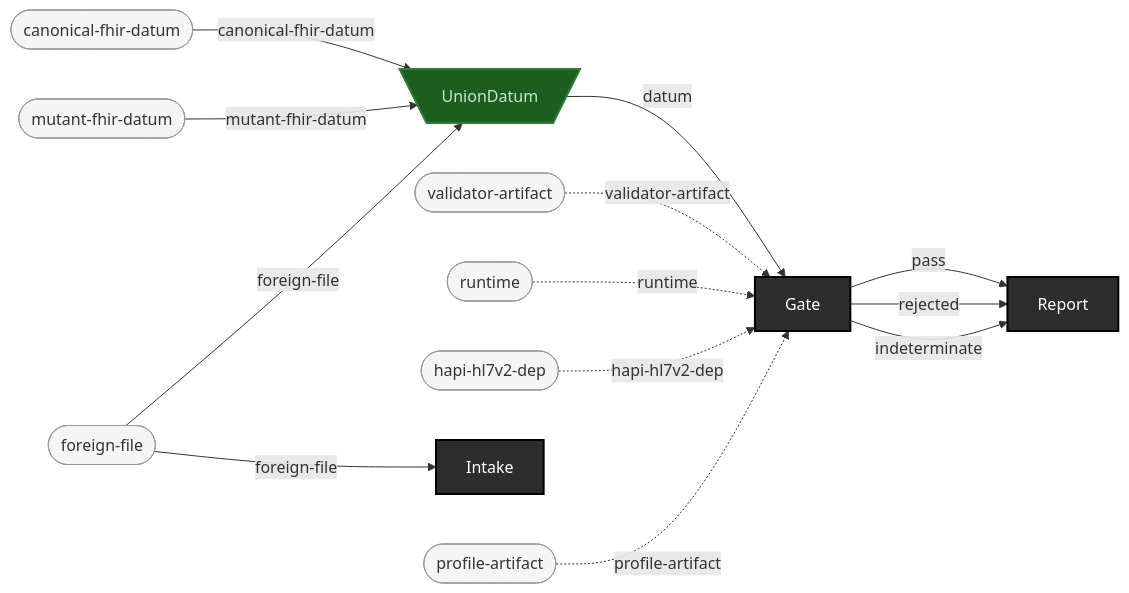
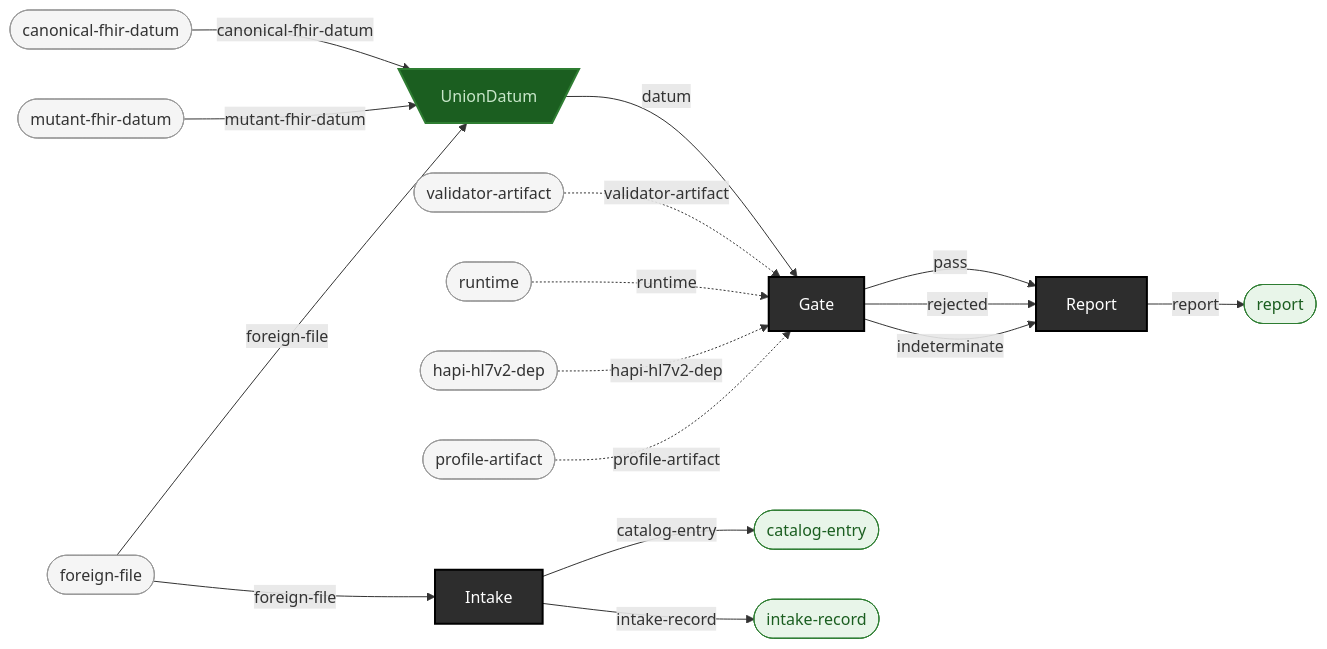
One commit to pragsmike/ehr-testing-tools changed the diagram in docs/use-cases/judge-user-supplied-data.md. Above: the diagram before and after it, drawn with Mermaid. The commit also changed 21 other files, not shown here.

First line of the commit message:
docs: regenerate use-case pages and pipeline diagram with result nodes (mechanical, zero hand edits)

````diff
--- a/docs/use-cases/judge-user-supplied-data.md
+++ b/docs/use-cases/judge-user-supplied-data.md
@@ -62,56 +62,69 @@
 ```mermaid
 flowchart LR
 
     %% --- Source types (raw inputs, not produced by any operation) ---
     canonical_fhir_datum(["canonical-fhir-datum"])
     foreign_file(["foreign-file"])
     hapi_hl7v2_dep(["hapi-hl7v2-dep"])
     mutant_fhir_datum(["mutant-fhir-datum"])
     profile_artifact(["profile-artifact"])
     runtime(["runtime"])
     validator_artifact(["validator-artifact"])
 
     %% --- Operations (boxes; spiders use distinct shapes) ---
     Intake["Intake"]
     UnionDatum[\"UnionDatum"/]
     Gate["Gate"]
     Report["Report"]
 
+    %% --- Result types (terminal outputs) ---
+    catalog_entry_out(["catalog-entry"])
+    intake_record_out(["intake-record"])
+    report_out(["report"])
+
     %% --- Wires (typed connections) ---
     %% Arrow 1: Intake
     foreign_file -- foreign-file --> Intake
+    Intake -- "catalog-entry" --> catalog_entry_out
+    Intake -- "intake-record" --> intake_record_out
 
     %% Arrow 2: UnionDatum
     canonical_fhir_datum -- canonical-fhir-datum --> UnionDatum
     mutant_fhir_datum -- mutant-fhir-datum --> UnionDatum
     foreign_file -- foreign-file --> UnionDatum
 
     %% Arrow 3: Gate
     UnionDatum -- datum --> Gate
     validator_artifact -. validator-artifact .-> Gate
     runtime -. runtime .-> Gate
     hapi_hl7v2_dep -. hapi-hl7v2-dep .-> Gate
     profile_artifact -. profile-artifact .-> Gate
 
     %% Arrow 4: Report
     Gate -- pass --> Report
     Gate -- rejected --> Report
     Gate -- indeterminate --> Report
+    Report -- "report" --> report_out
 
     %% --- Styling ---
 
     %% Operations: dark boxes (fan=blue, funnel=green, enrichment=outlined, gate=purple, external=dashed)
     style Intake fill:#2d2d2d,stroke:#000,color:#fff,stroke-width:2px
     style UnionDatum fill:#1b5e20,stroke:#2e7d32,color:#c8e6c9,stroke-width:2px
     style Gate fill:#2d2d2d,stroke:#000,color:#fff,stroke-width:2px
     style Report fill:#2d2d2d,stroke:#000,color:#fff,stroke-width:2px
 
     %% Source types: light rounded
     style canonical_fhir_datum fill:#f5f5f5,stroke:#999,color:#333
     style foreign_file fill:#f5f5f5,stroke:#999,color:#333
     style hapi_hl7v2_dep fill:#f5f5f5,stroke:#999,color:#333
     style mutant_fhir_datum fill:#f5f5f5,stroke:#999,color:#333
     style profile_artifact fill:#f5f5f5,stroke:#999,color:#333
     style runtime fill:#f5f5f5,stroke:#999,color:#333
     style validator_artifact fill:#f5f5f5,stroke:#999,color:#333
+
+    %% Result types (terminal outputs): green rounded
+    style catalog_entry_out fill:#e8f5e9,stroke:#2e7d32,color:#1b5e20
+    style intake_record_out fill:#e8f5e9,stroke:#2e7d32,color:#1b5e20
+    style report_out fill:#e8f5e9,stroke:#2e7d32,color:#1b5e20
 ```
````
